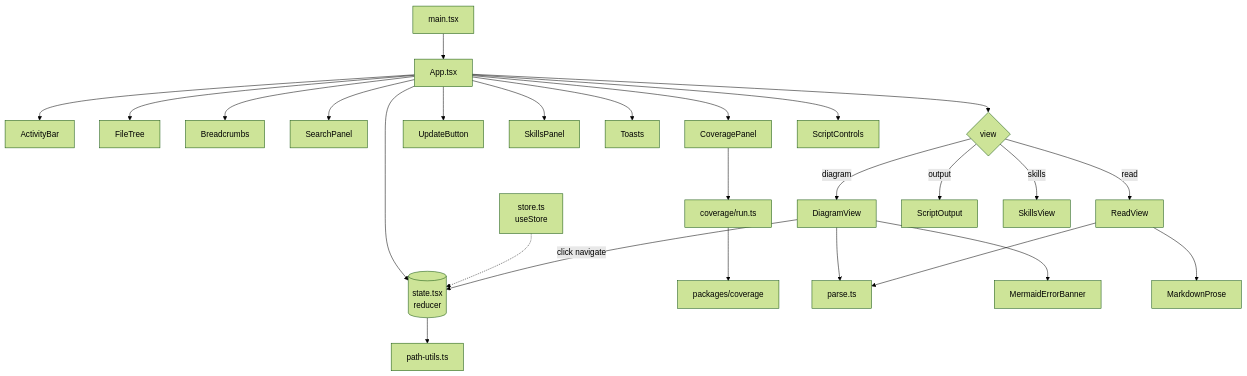
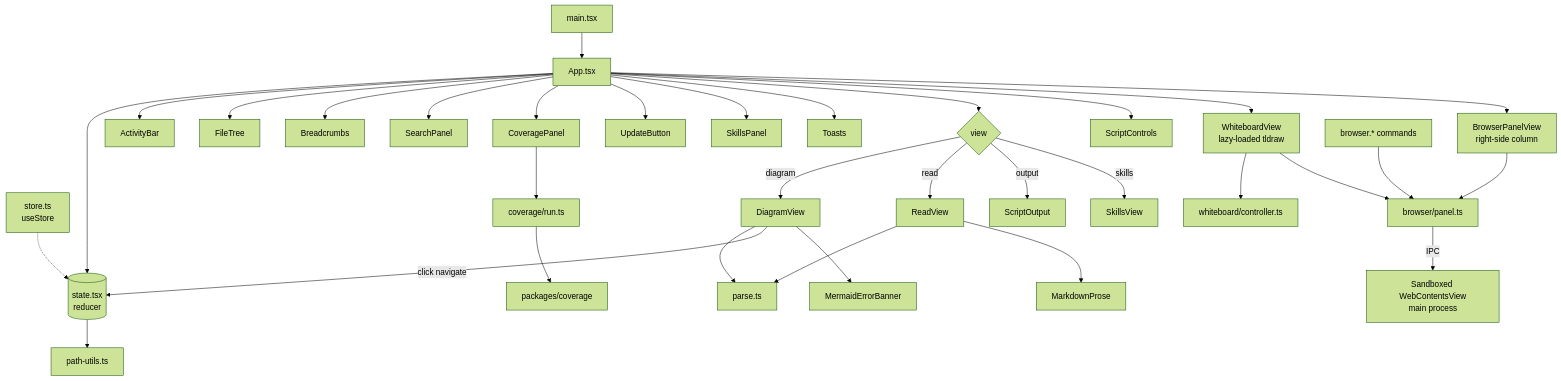
One commit to keithagroves/codeswim changed the diagram in architecture/renderer.md. Above: the diagram before and after it, drawn with Mermaid (forest theme). The commit also changed other lines of this file and 118 other files, not shown here.

````diff
--- a/architecture/renderer.md
+++ b/architecture/renderer.md
@@ -16,53 +16,66 @@
 ```mermaid
 flowchart TD
     Entry[main.tsx] --> AppRoot[App.tsx]
     AppRoot --> State[(state.tsx<br/>reducer)]
     Store[store.ts<br/>useStore] -.-> State
     AppRoot --> Activity[ActivityBar]
     AppRoot --> Tree[FileTree]
     AppRoot --> Crumbs[Breadcrumbs]
     AppRoot --> Search[SearchPanel]
     AppRoot --> CoverageP[CoveragePanel]
     CoverageP --> CovRun[coverage/run.ts]
     CovRun --> CovLib[packages/coverage]
     AppRoot --> UpdateBtn[UpdateButton]
     AppRoot --> SkillsP[SkillsPanel]
     AppRoot --> Toasts
     AppRoot --> View{view}
     View -->|diagram| Diagram[DiagramView]
     View -->|read| Read[ReadView]
     View -->|output| Output[ScriptOutput]
     View -->|skills| SkillsV[SkillsView]
     Diagram --> Parse[parse.ts]
     Read --> Parse
     Diagram -->|click navigate| State
     Diagram --> ErrBanner[MermaidErrorBanner]
     Read --> Prose[MarkdownProse]
     AppRoot --> ScriptCtl[ScriptControls]
+    AppRoot --> Whiteboard[WhiteboardView<br/>lazy-loaded tldraw]
+    Whiteboard --> WbCtl[whiteboard/controller.ts]
+    AppRoot --> Browser[BrowserPanelView<br/>right-side column]
+    Browser --> BrowserStore[browser/panel.ts]
+    BrowserCommands[browser.* commands] --> BrowserStore
+    Whiteboard --> BrowserStore
+    BrowserStore -->|IPC| BrowserHost[Sandboxed WebContentsView<br/>main process]
     State --> PathUtil[path-utils.ts]
 
     click Entry call navigate("../apps/desktop/src/renderer/src/main.tsx")
     click AppRoot call navigate("../apps/desktop/src/renderer/src/App.tsx")
     click State call navigate("../apps/desktop/src/renderer/src/state.tsx")
     click Store call navigate("../apps/desktop/src/renderer/src/store.ts")
     click Parse call navigate("../apps/desktop/src/renderer/src/parse.ts")
     click PathUtil call navigate("../apps/desktop/src/renderer/src/path-utils.ts")
     click Diagram call navigate("../apps/desktop/src/renderer/src/components/DiagramView.tsx")
     click Read call navigate("../apps/desktop/src/renderer/src/components/ReadView.tsx")
     click Output call navigate("../apps/desktop/src/renderer/src/components/ScriptOutput.tsx")
     click SkillsV call navigate("../apps/desktop/src/renderer/src/components/SkillsView.tsx")
     click Activity call navigate("../apps/desktop/src/renderer/src/components/ActivityBar.tsx")
     click Tree call navigate("../apps/desktop/src/renderer/src/components/FileTree.tsx")
     click Crumbs call navigate("../apps/desktop/src/renderer/src/components/Breadcrumbs.tsx")
     click Search call navigate("../apps/desktop/src/renderer/src/components/SearchPanel.tsx")
     click CoverageP call navigate("../apps/desktop/src/renderer/src/components/CoveragePanel.tsx")
     click CovRun call navigate("../apps/desktop/src/renderer/src/coverage/run.ts")
     click CovLib call navigate("./coverage.md")
     click UpdateBtn call navigate("../apps/desktop/src/renderer/src/components/UpdateButton.tsx")
     click SkillsP call navigate("../apps/desktop/src/renderer/src/components/SkillsPanel.tsx")
     click Toasts call navigate("../apps/desktop/src/renderer/src/components/Toasts.tsx")
     click ScriptCtl call navigate("../apps/desktop/src/renderer/src/components/ScriptControls.tsx")
+    click Whiteboard call navigate("./whiteboard.md")
+    click WbCtl call navigate("../apps/desktop/src/renderer/src/whiteboard/controller.ts")
+    click Browser call navigate("../apps/desktop/src/renderer/src/components/BrowserPanelView.tsx")
+    click BrowserStore call navigate("../apps/desktop/src/renderer/src/browser/panel.ts")
+    click BrowserCommands call navigate("../apps/desktop/src/renderer/src/commands/browser.ts")
+    click BrowserHost call navigate("./main-process.md")
     click ErrBanner call navigate("../apps/desktop/src/renderer/src/components/MermaidErrorBanner.tsx")
     click View call navigate("../architecture/renderer.md")
     click Prose call navigate("../apps/desktop/src/renderer/src/components/MarkdownProse.tsx")
 ```
````
